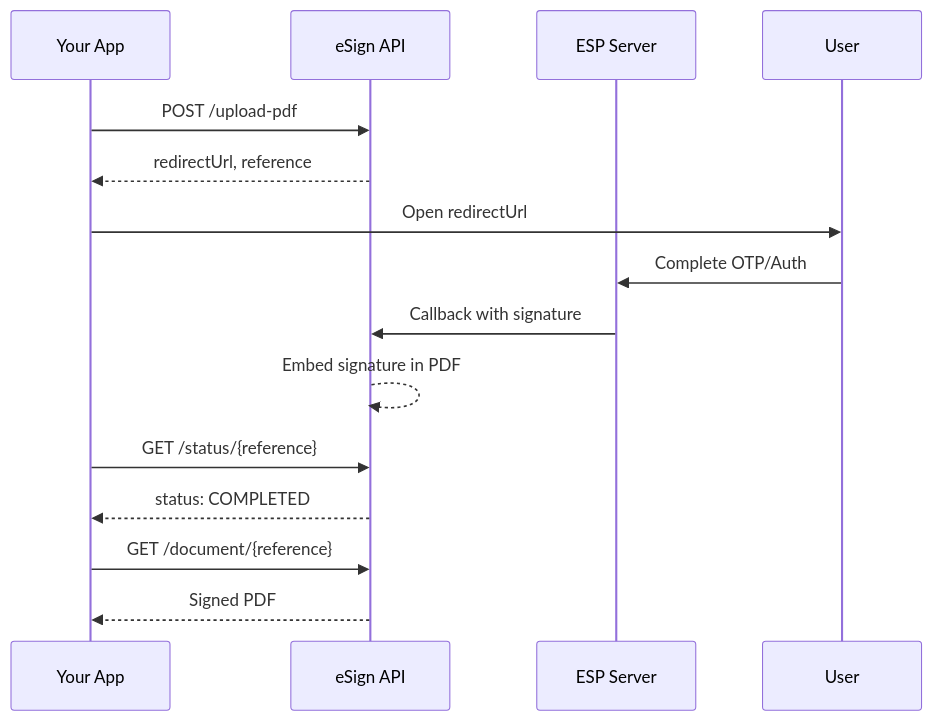
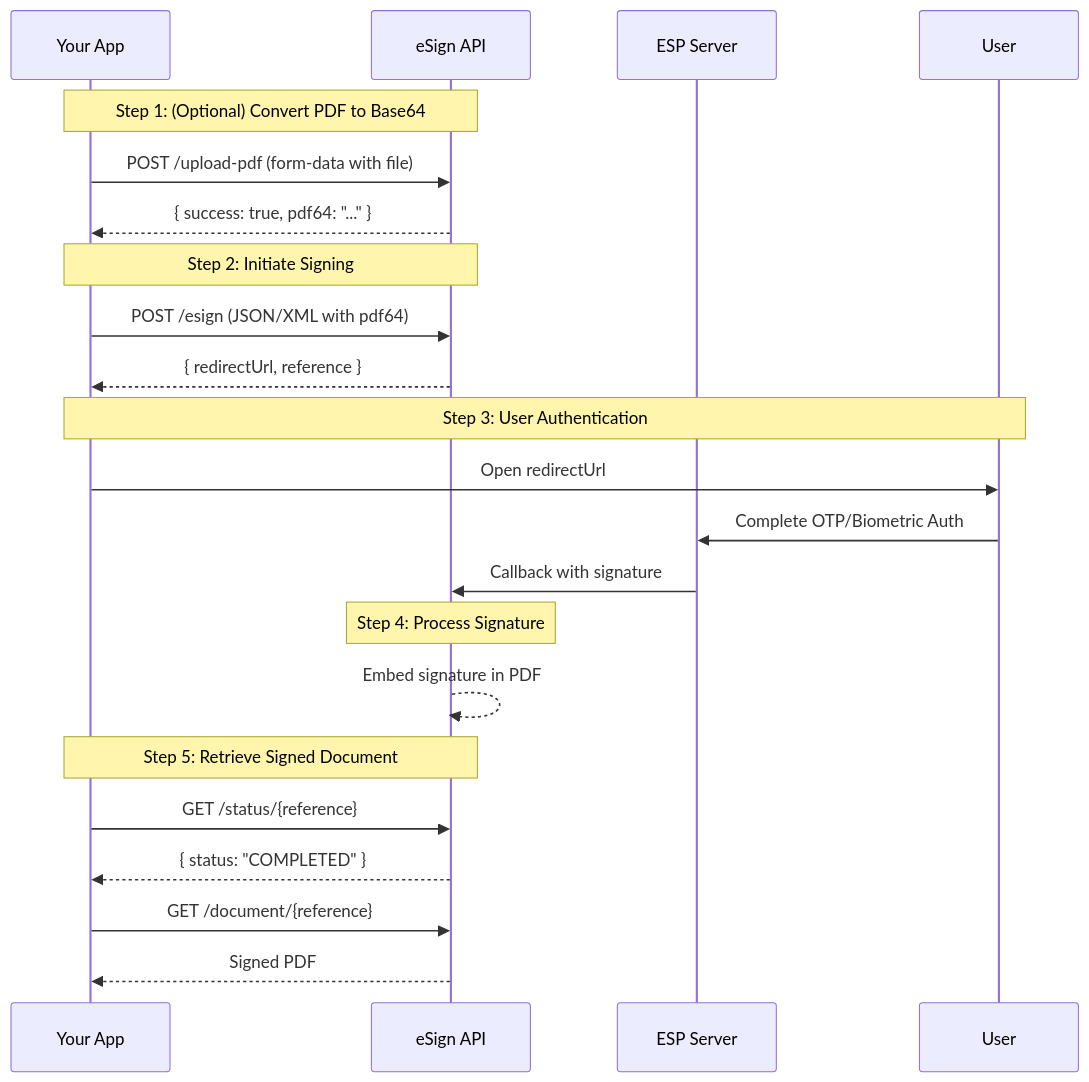
Before and after one commit to rashmeet-3/esign-docs: the diagram in docs/rest-api-reference.md, drawn with Mermaid. The commit also changed other lines of this file, not shown here.

Commit message:
Fix REST API reference: separate upload-pdf and esign endpoints

````diff
--- a/docs/rest-api-reference.md
+++ b/docs/rest-api-reference.md
@@ -445,18 +526,29 @@
 ```mermaid
 sequenceDiagram
     participant App as Your App
     participant API as eSign API
     participant ESP as ESP Server
     participant User as User
 
-    App->>API: POST /upload-pdf
-    API-->>App: redirectUrl, reference
+    Note over App,API: Step 1: (Optional) Convert PDF to Base64
+    App->>API: POST /upload-pdf (form-data with file)
+    API-->>App: { success: true, pdf64: "..." }
+
+    Note over App,API: Step 2: Initiate Signing
+    App->>API: POST /esign (JSON/XML with pdf64)
+    API-->>App: { redirectUrl, reference }
+
+    Note over App,User: Step 3: User Authentication
     App->>User: Open redirectUrl
-    User->>ESP: Complete OTP/Auth
+    User->>ESP: Complete OTP/Biometric Auth
     ESP->>API: Callback with signature
+
+    Note over API: Step 4: Process Signature
     API-->>API: Embed signature in PDF
+
+    Note over App,API: Step 5: Retrieve Signed Document
     App->>API: GET /status/{reference}
-    API-->>App: status: COMPLETED
+    API-->>App: { status: "COMPLETED" }
     App->>API: GET /document/{reference}
     API-->>App: Signed PDF
 ```
````
